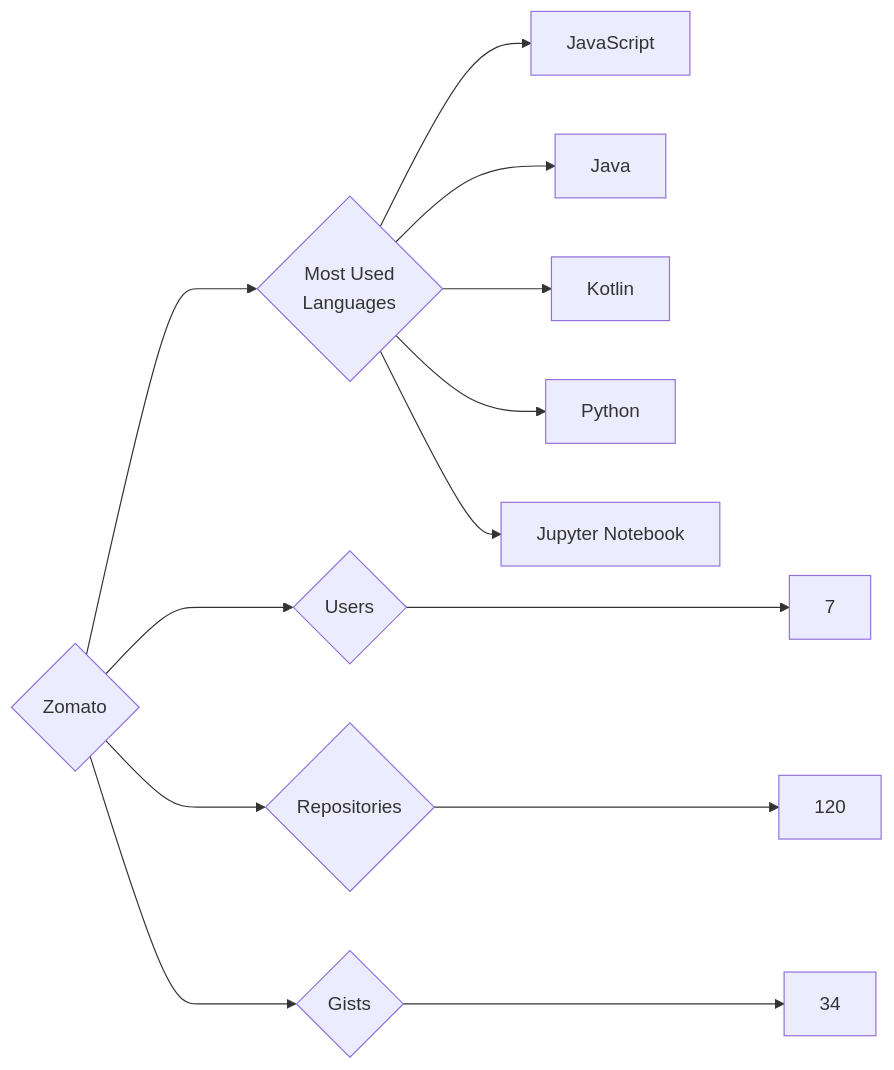
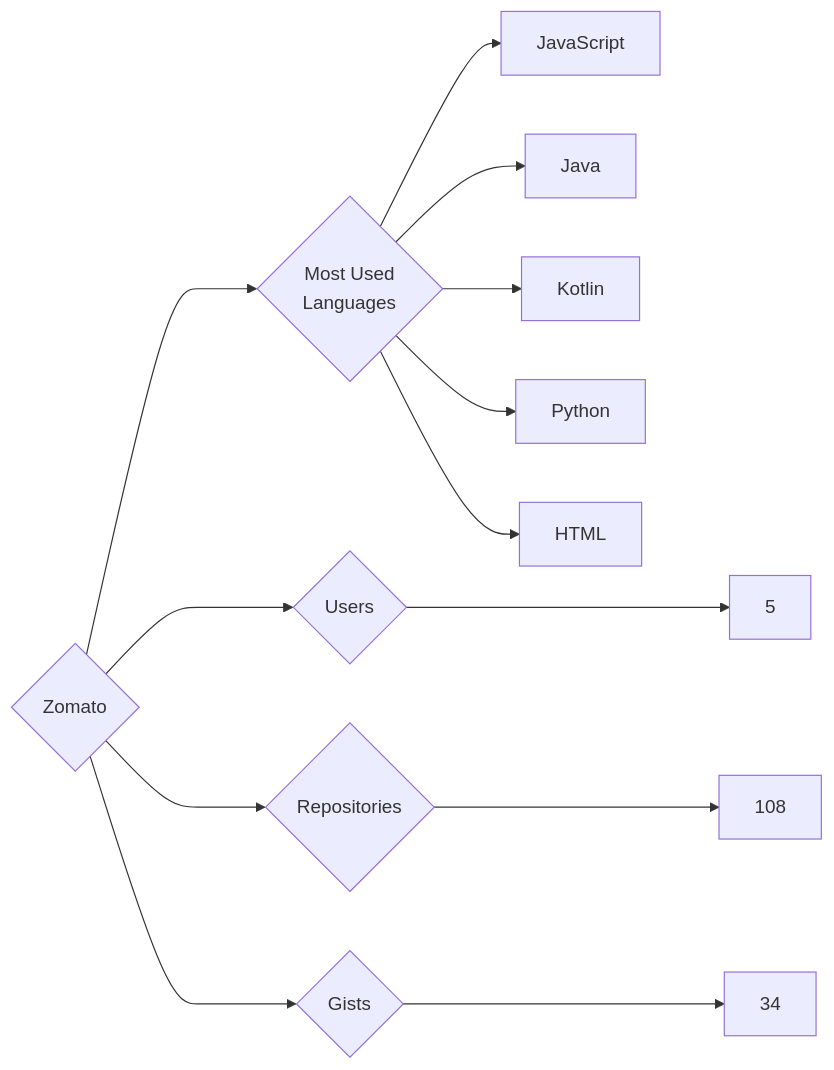
One commit to trickest/insiders changed the diagram in targets/Zomato/README.md. Above: the diagram before and after it, drawn with Mermaid. The commit also changed 806 other files, not shown here.

````diff
--- a/targets/Zomato/README.md
+++ b/targets/Zomato/README.md
@@ -3,13 +3,13 @@
 ```mermaid
 graph LR
 COMPANY_NAME{Zomato}
-COMPANY_NAME ---> U{Users} ---> UN[7]
-COMPANY_NAME ---> R{Repositories} ---> RN[120]
+COMPANY_NAME ---> U{Users} ---> UN[5]
+COMPANY_NAME ---> R{Repositories} ---> RN[108]
 COMPANY_NAME ---> G{Gists} ---> GN[34]
 COMPANY_NAME ---> ML{Most Used<br>Languages}
 ML --> JavaScript[JavaScript]
 ML --> Java[Java]
 ML --> Kotlin[Kotlin]
 ML --> Python[Python]
-ML --> Jupyter_Notebook[Jupyter Notebook]
+ML --> HTML[HTML]
 ```
````
